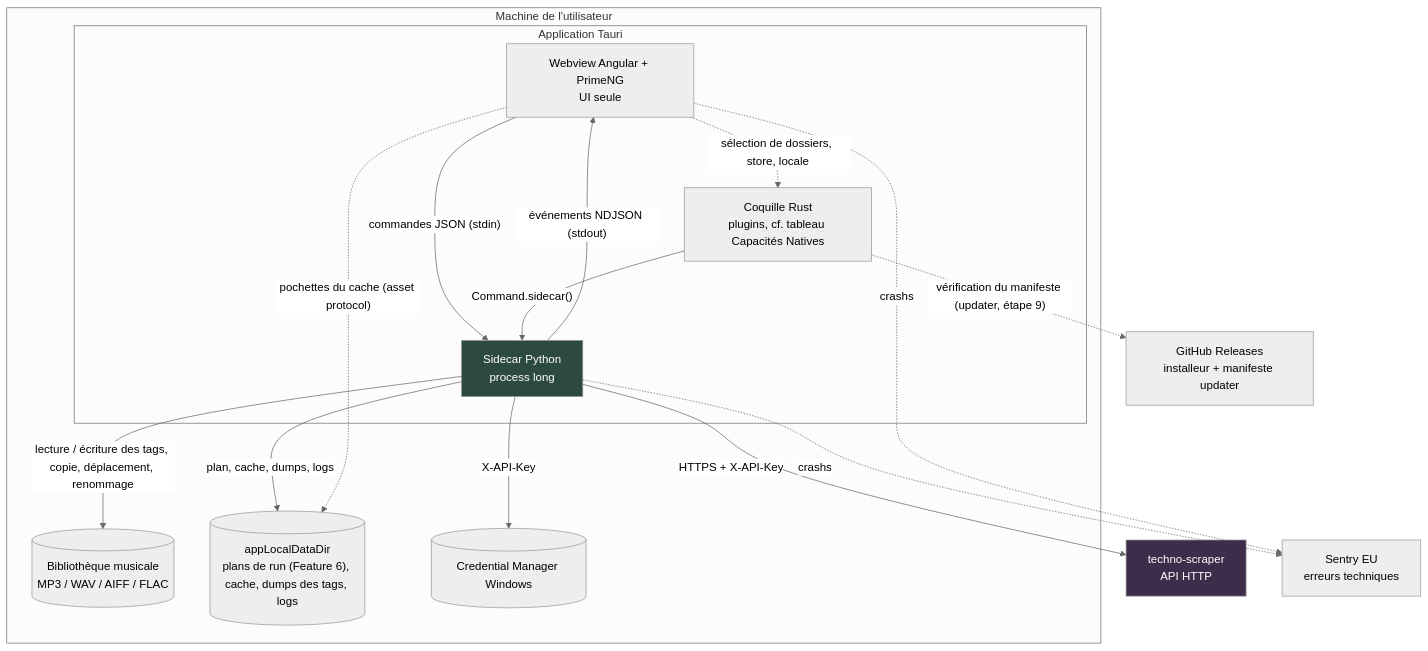
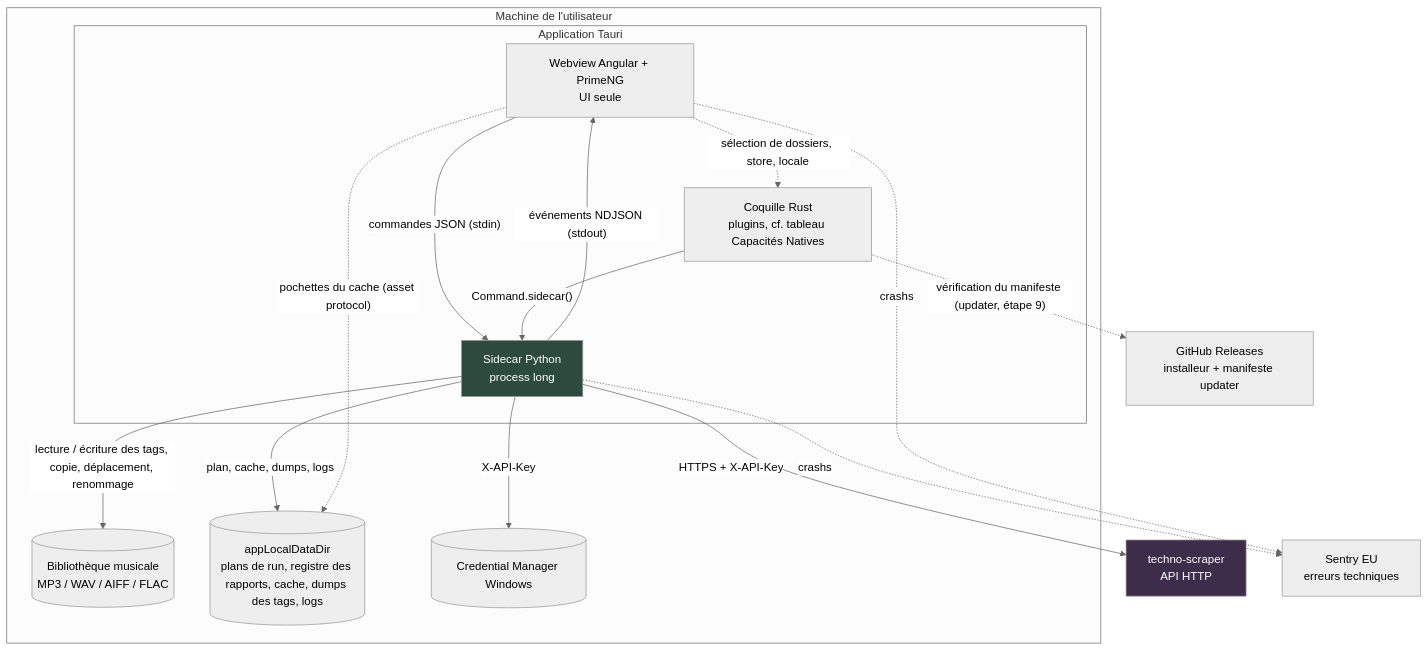
The first of 5 diagrams in docs/ARCHITECTURE.md (thibaud57/techno-tagger), drawn with Mermaid (neutral theme) before and after one commit. The commit also changed other lines of this file and 456 other files, not shown here.

````diff
--- a/docs/ARCHITECTURE.md
+++ b/docs/ARCHITECTURE.md
@@ -177,33 +162,33 @@
 ```mermaid
 graph TB
     subgraph machine["Machine de l'utilisateur"]
         subgraph app["Application Tauri"]
             ui["Webview Angular + PrimeNG<br/>UI seule"]
             rust["Coquille Rust<br/>plugins, cf. tableau Capacités Natives"]
             side["Sidecar Python<br/>process long"]
         end
         fs[("Bibliothèque musicale<br/>MP3 / WAV / AIFF / FLAC")]
-        data[("appLocalDataDir<br/>plans de run (Feature 6), cache, dumps des tags, logs")]
+        data[("appLocalDataDir<br/>plans de run, registre des rapports, cache, dumps des tags, logs")]
         kr[("Credential Manager Windows")]
     end
 
     api["techno-scraper<br/>API HTTP"]
     sentry["Sentry EU<br/>erreurs techniques"]
     gh["GitHub Releases<br/>installeur + manifeste updater"]
 
     ui -->|"commandes JSON (stdin)"| side
     side -->|"événements NDJSON (stdout)"| ui
     ui -.->|"sélection de dossiers, store, locale"| rust
     rust -->|"Command.sidecar()"| side
     side -->|"lecture / écriture des tags, copie, déplacement, renommage"| fs
     side -->|"plan, cache, dumps, logs"| data
     ui -.->|"pochettes du cache (asset protocol)"| data
     side -->|"X-API-Key"| kr
     side -->|"HTTPS + X-API-Key"| api
     side -.->|"crashs"| sentry
     ui -.->|"crashs"| sentry
     rust -.->|"vérification du manifeste (updater, étape 9)"| gh
 
     style side fill:#2d4a3e,color:#fff
     style api fill:#3e2d4a,color:#fff
 ```
````
